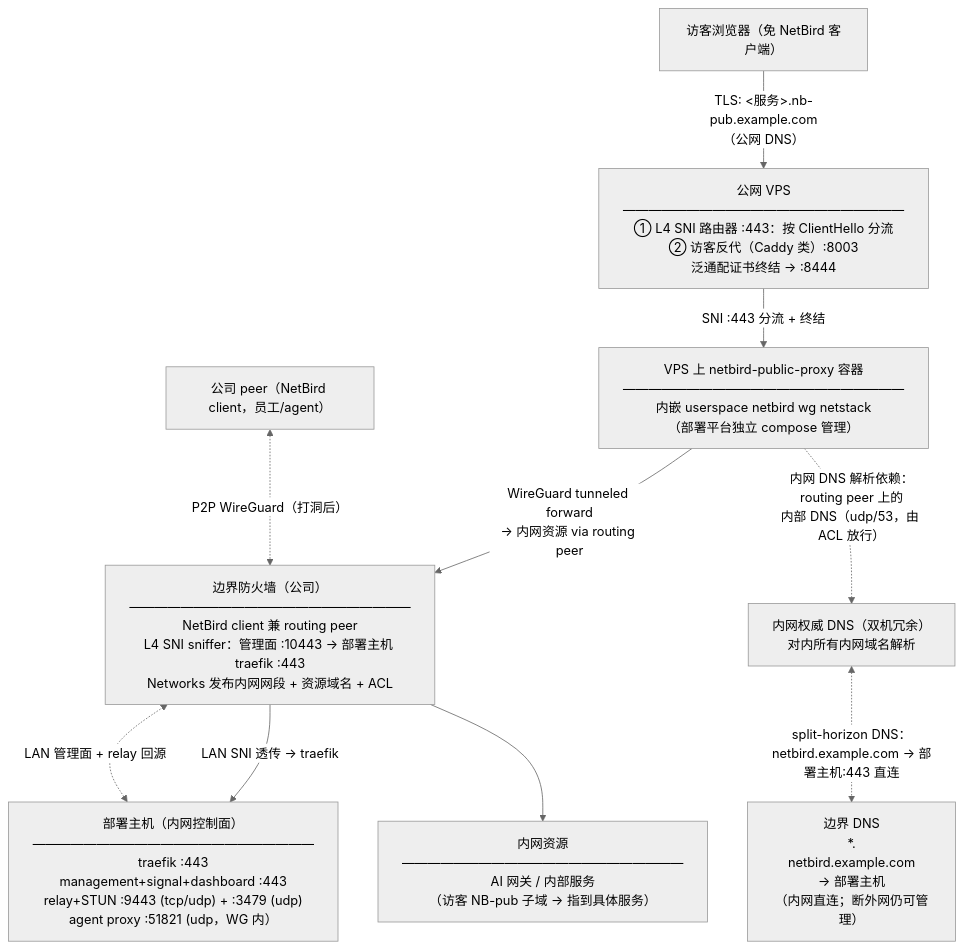
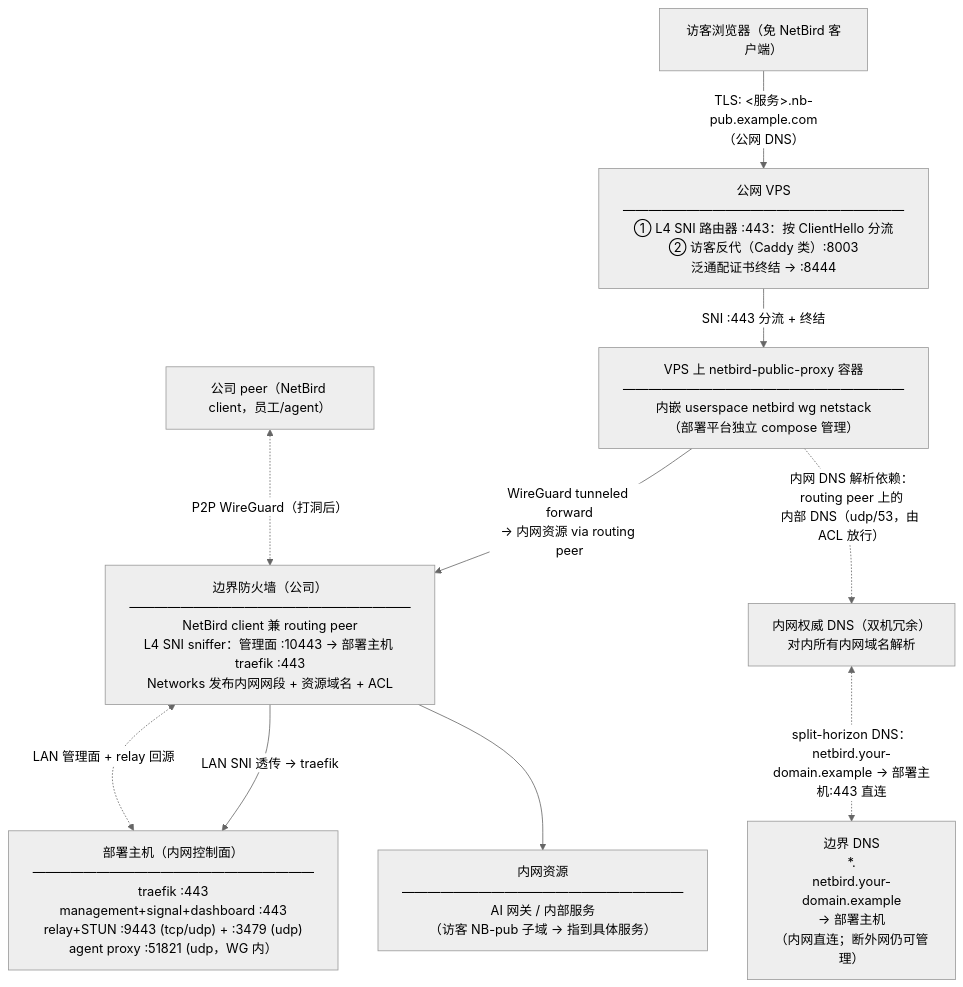
Before and after one commit to xyonium/compose: the first of 2 diagrams in README.md, drawn with Mermaid (neutral theme). The commit also changed other lines of this file and 5 other files, not shown here.

First line of the commit message:
fix(netbird): 占位域名 netbird.example.com → netbird.your-domain.example

````diff
--- a/README.md
+++ b/README.md
@@ -109,22 +109,22 @@
 ```mermaid
 flowchart TB
     pub["访客浏览器（免 NetBird 客户端）"]
     peer["公司 peer（NetBird client，员工/agent）"]
     vps["公网 VPS<br/>——————————————————————<br/>① L4 SNI 路由器 :443：按 ClientHello 分流<br/>② 访客反代（Caddy 类）:8003<br/>泛通配证书终结 → :8444"]
     pubproxy["VPS 上 netbird-public-proxy 容器<br/>——————————————————————<br/>内嵌 userspace netbird wg netstack<br/>（部署平台独立 compose 管理）"]
     bfw["边界防火墙（公司）<br/>——————————————————————<br/>NetBird client 兼 routing peer<br/>L4 SNI sniffer：管理面 :10443 → 部署主机 traefik :443<br/>Networks 发布内网网段 + 资源域名 + ACL"]
     d1["部署主机（内网控制面）<br/>——————————————————————<br/>traefik :443<br/>management+signal+dashboard :443<br/>relay+STUN :9443 (tcp/udp) + :3479 (udp)<br/>agent proxy :51821 (udp，WG 内）"]
     dns1["内网权威 DNS（双机冗余）<br/>对内所有内网域名解析"]
     lanres["内网资源<br/>——————————————————————<br/>AI 网关 / 内部服务<br/>（访客 NB-pub 子域 → 指到具体服务）"]
-    unbound["边界 DNS<br/>*.<br/>netbird.example.com<br/>→ 部署主机<br/>（内网直连；断外网仍可管理）"]
+    unbound["边界 DNS<br/>*.<br/>netbird.your-domain.example<br/>→ 部署主机<br/>（内网直连；断外网仍可管理）"]
 
     pub -- "TLS: <服务>.nb-pub.example.com<br/>（公网 DNS）" --> vps
     vps -- "SNI :443 分流 + 终结" --> pubproxy
     pubproxy -- "WireGuard tunneled forward<br/>→ 内网资源 via routing peer" --> bfw
     pubproxy -. "内网 DNS 解析依赖：routing peer 上的<br/>内部 DNS（udp/53，由 ACL 放行）" .-> dns1
     bfw -- "LAN SNI 透传 → traefik" --> d1
     bfw --> lanres
     peer <-. "P2P WireGuard（打洞后）" .-> bfw
-    dns1 <-. "split-horizon DNS：<br/>netbird.example.com → 部署主机:443 直连" .-> unbound
+    dns1 <-. "split-horizon DNS：<br/>netbird.your-domain.example → 部署主机:443 直连" .-> unbound
     d1 <-. "LAN 管理面 + relay 回源" .-> bfw
 ```
````
